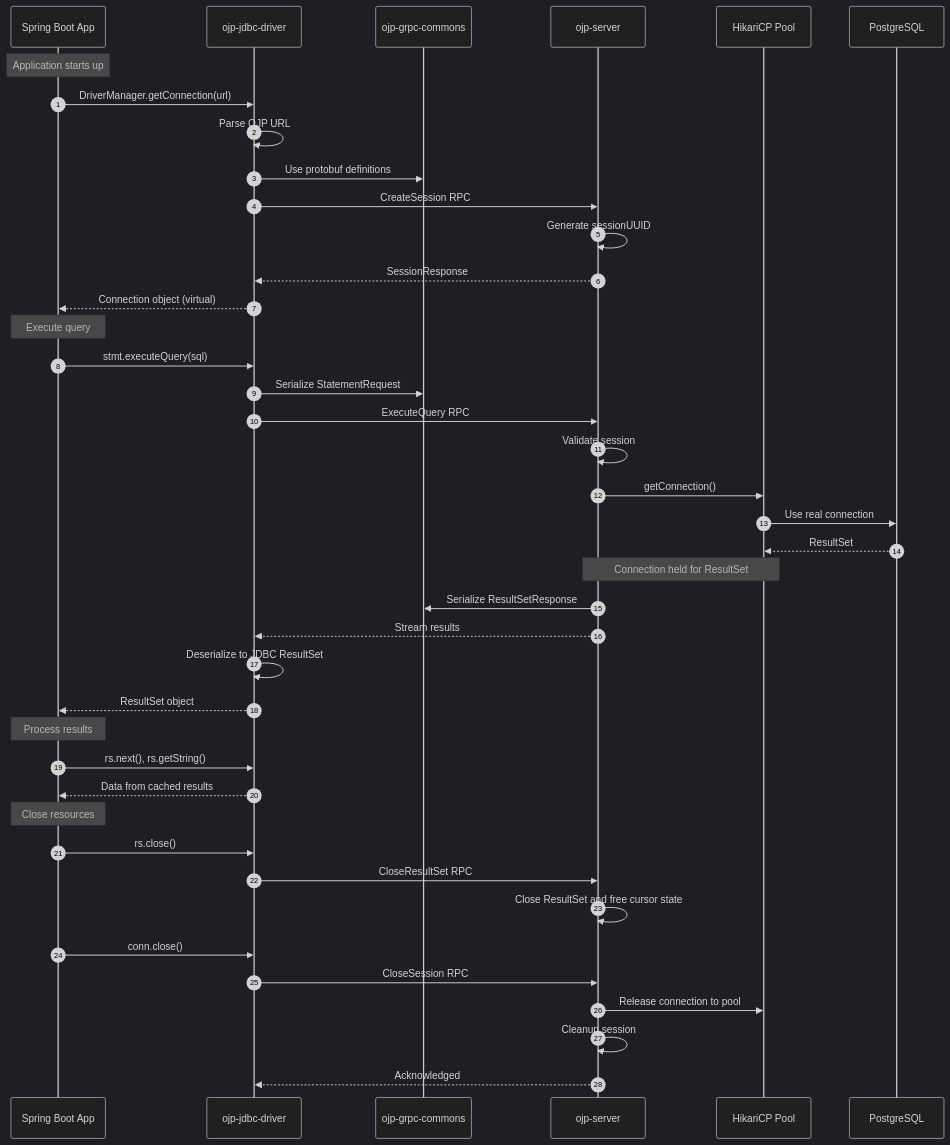
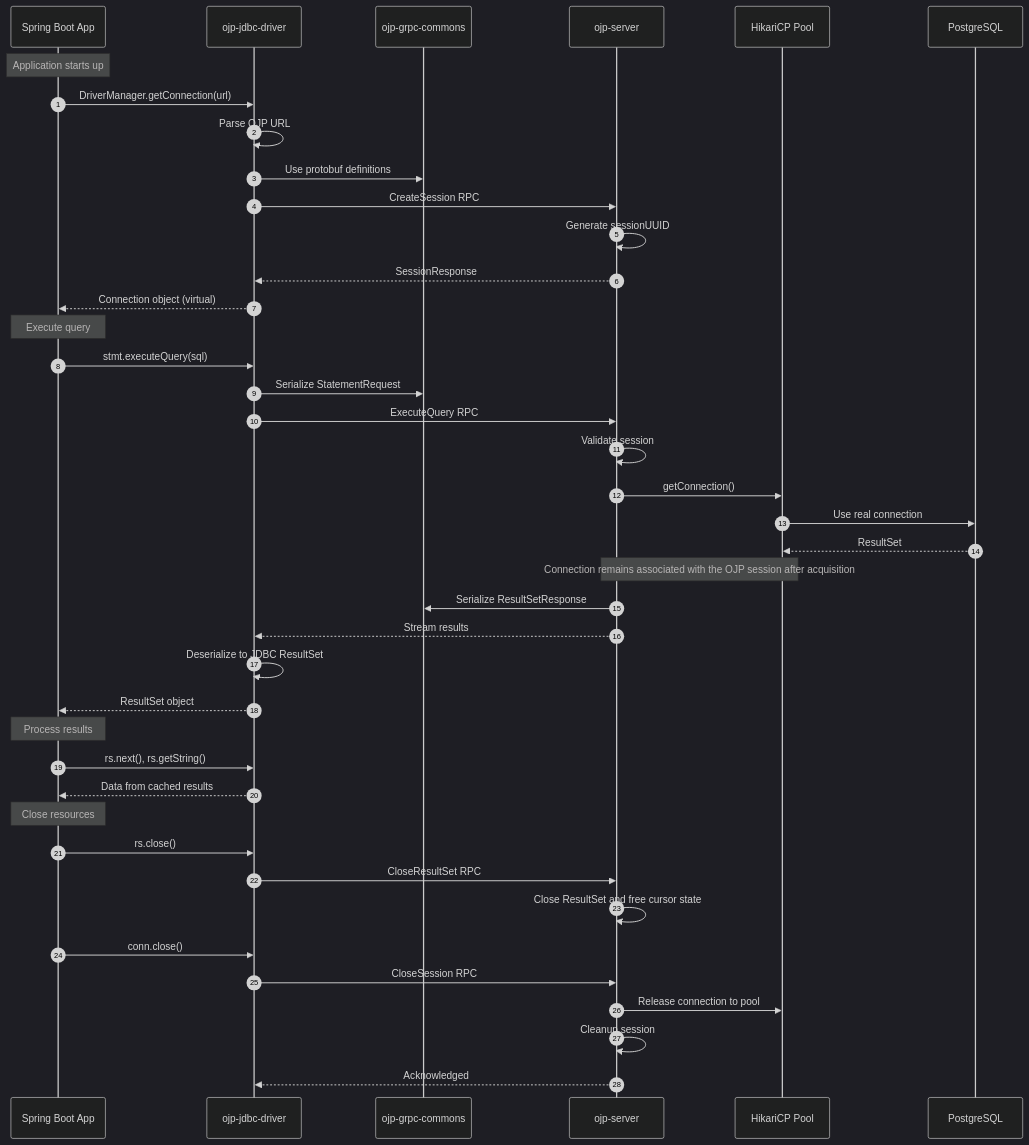
Diagram 12 of 22 in documents/ebook/appendix-f-visual-assets.md (Open-JDBC-Proxy/ojp), drawn with Mermaid (dark theme) before and after one commit.

Commit message:
Fix remaining visual asset lifecycle note

````diff
--- a/documents/ebook/appendix-f-visual-assets.md
+++ b/documents/ebook/appendix-f-visual-assets.md
@@ -933,47 +933,47 @@
 ```mermaid
 sequenceDiagram
     autonumber
     participant App as Spring Boot App
     participant Driver as ojp-jdbc-driver
     participant Commons as ojp-grpc-commons
     participant Server as ojp-server
     participant HikariCP as HikariCP Pool
     participant DB as PostgreSQL
 
     Note over App: Application starts up
     App->>Driver: DriverManager.getConnection(url)
     Driver->>Driver: Parse OJP URL
     Driver->>Commons: Use protobuf definitions
     Driver->>Server: CreateSession RPC
     Server->>Server: Generate sessionUUID
     Server-->>Driver: SessionResponse
     Driver-->>App: Connection object (virtual)
     
     Note over App: Execute query
     App->>Driver: stmt.executeQuery(sql)
     Driver->>Commons: Serialize StatementRequest
     Driver->>Server: ExecuteQuery RPC
     Server->>Server: Validate session
     Server->>HikariCP: getConnection()
     HikariCP->>DB: Use real connection
     DB-->>HikariCP: ResultSet
-    Note over HikariCP,Server: Connection held for ResultSet
+    Note over HikariCP,Server: Connection remains associated with the OJP session after acquisition
     Server->>Commons: Serialize ResultSetResponse
     Server-->>Driver: Stream results
     Driver->>Driver: Deserialize to JDBC ResultSet
     Driver-->>App: ResultSet object
     
     Note over App: Process results
     App->>Driver: rs.next(), rs.getString()
     Driver-->>App: Data from cached results
     
     Note over App: Close resources
     App->>Driver: rs.close()
     Driver->>Server: CloseResultSet RPC
     Server->>Server: Close ResultSet and free cursor state
     App->>Driver: conn.close()
     Driver->>Server: CloseSession RPC
     Server->>HikariCP: Release connection to pool
     Server->>Server: Cleanup session
     Server-->>Driver: Acknowledged
 ```
````
